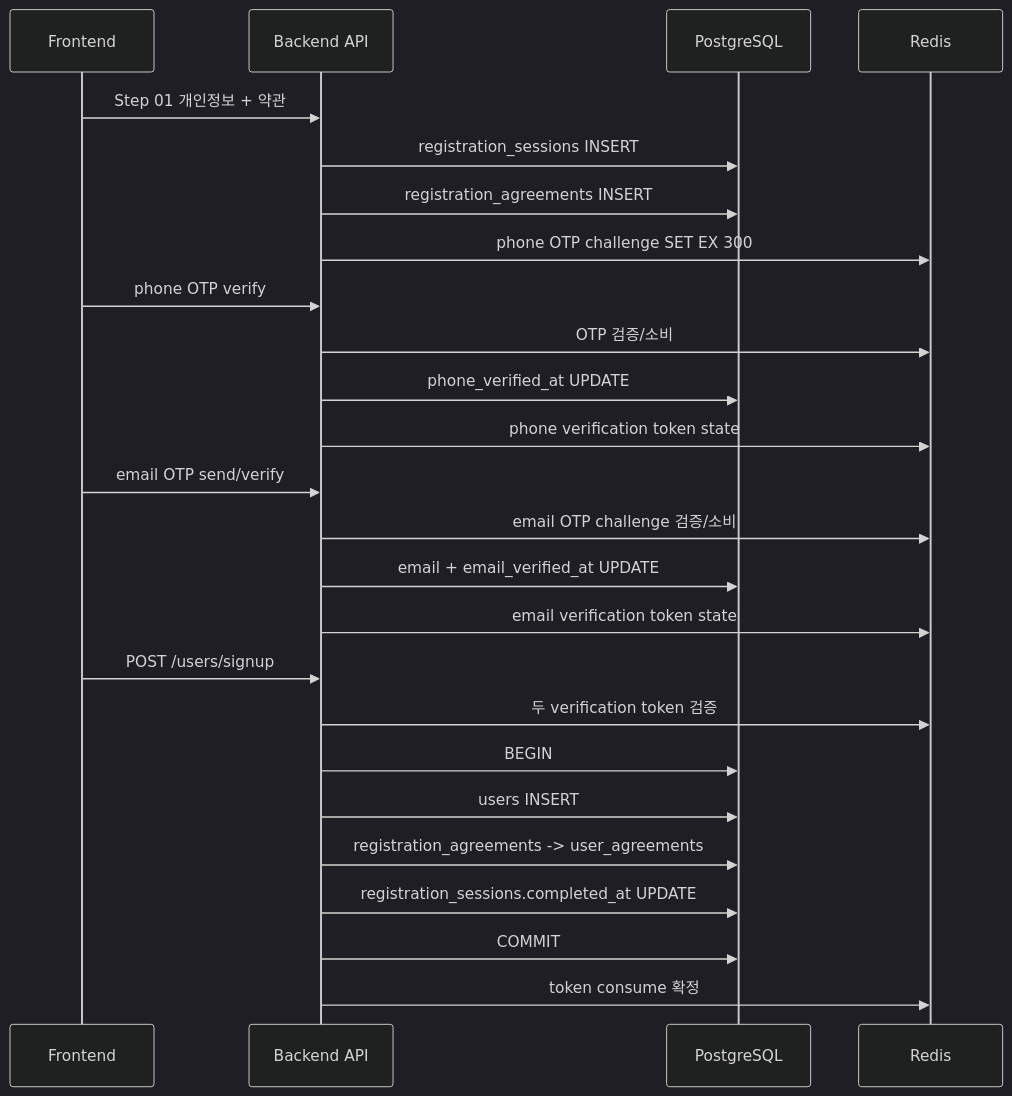
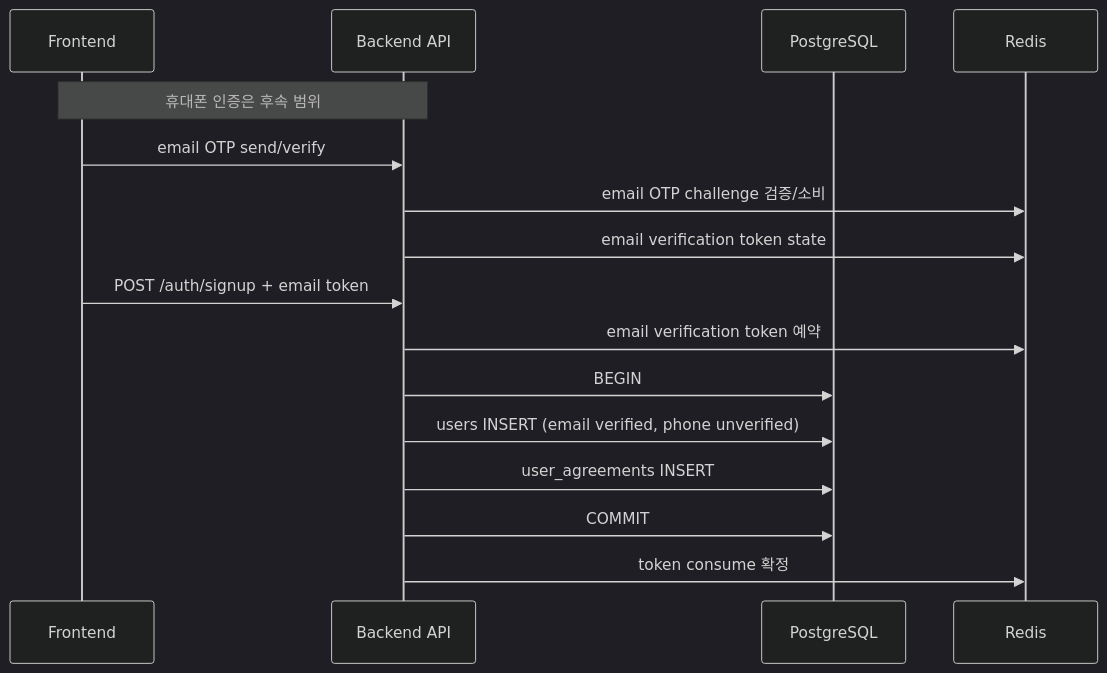
Before and after one commit to SeSAC-3nd-Team1/FEIN-financial-engineering-intelligent-navigation: the third of 3 diagrams in docs/REGISTRATION_DATA_ERD.md, drawn with Mermaid (dark theme). The commit also changed other lines of this file and 7 other files, not shown here.

Commit message:
docs(auth): document email verification flow

````diff
--- a/docs/REGISTRATION_DATA_ERD.md
+++ b/docs/REGISTRATION_DATA_ERD.md
@@ -147,31 +147,20 @@
 ```mermaid
 sequenceDiagram
     participant FE as Frontend
     participant API as Backend API
     participant PG as PostgreSQL
     participant R as Redis
 
-    FE->>API: Step 01 개인정보 + 약관
-    API->>PG: registration_sessions INSERT
-    API->>PG: registration_agreements INSERT
-    API->>R: phone OTP challenge SET EX 300
-
-    FE->>API: phone OTP verify
-    API->>R: OTP 검증/소비
-    API->>PG: phone_verified_at UPDATE
-    API->>R: phone verification token state
-
+    Note over FE,API: 휴대폰 인증은 후속 범위
     FE->>API: email OTP send/verify
     API->>R: email OTP challenge 검증/소비
-    API->>PG: email + email_verified_at UPDATE
     API->>R: email verification token state
 
-    FE->>API: POST /users/signup
-    API->>R: 두 verification token 검증
+    FE->>API: POST /auth/signup + email token
+    API->>R: email verification token 예약
     API->>PG: BEGIN
-    API->>PG: users INSERT
-    API->>PG: registration_agreements -> user_agreements
-    API->>PG: registration_sessions.completed_at UPDATE
+    API->>PG: users INSERT (email verified, phone unverified)
+    API->>PG: user_agreements INSERT
     API->>PG: COMMIT
     API->>R: token consume 확정
 ```
````
